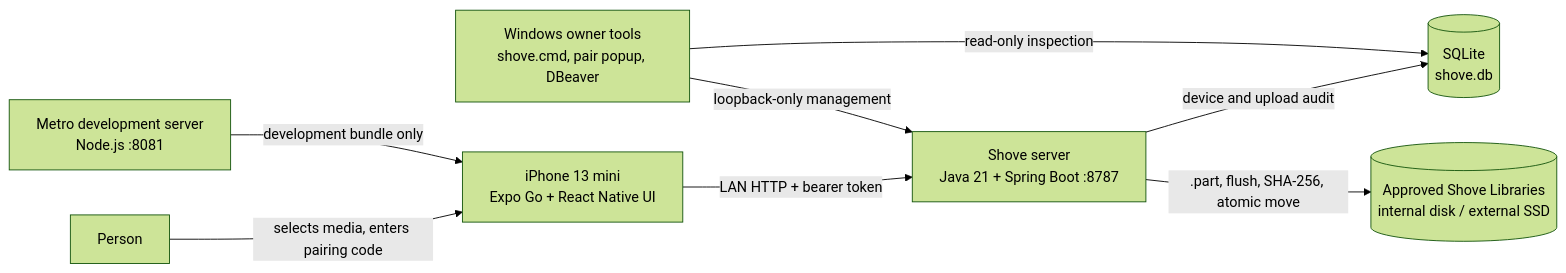
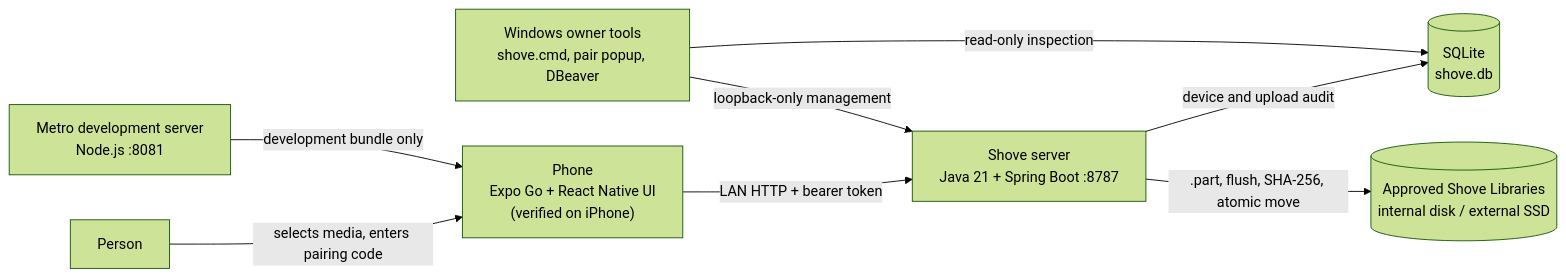
Before and after one commit to swarnav31/shove-it: the first of 4 diagrams in docs/architecture.md, drawn with Mermaid (forest theme). The commit also changed other lines of this file and 22 other files, not shown here.

````diff
--- a/docs/architecture.md
+++ b/docs/architecture.md
@@ -13,18 +13,18 @@
 ```mermaid
 flowchart LR
     U["Person"]
-    I["iPhone 13 mini<br/>Expo Go + React Native UI"]
+    I["Phone<br/>Expo Go + React Native UI<br/>(verified on iPhone)"]
     M["Metro development server<br/>Node.js :8081"]
     J["Shove server<br/>Java 21 + Spring Boot :8787"]
     DB[("SQLite<br/>shove.db")]
     FS[("Approved Shove Libraries<br/>internal disk / external SSD")]
     W["Windows owner tools<br/>shove.cmd, pair popup, DBeaver"]
 
     U -->|"selects media, enters pairing code"| I
     M -->|"development bundle only"| I
     I -->|"LAN HTTP + bearer token"| J
     J -->|"device and upload audit"| DB
     J -->|".part, flush, SHA-256, atomic move"| FS
     W -->|"loopback-only management"| J
     W -->|"read-only inspection"| DB
 ```
````
